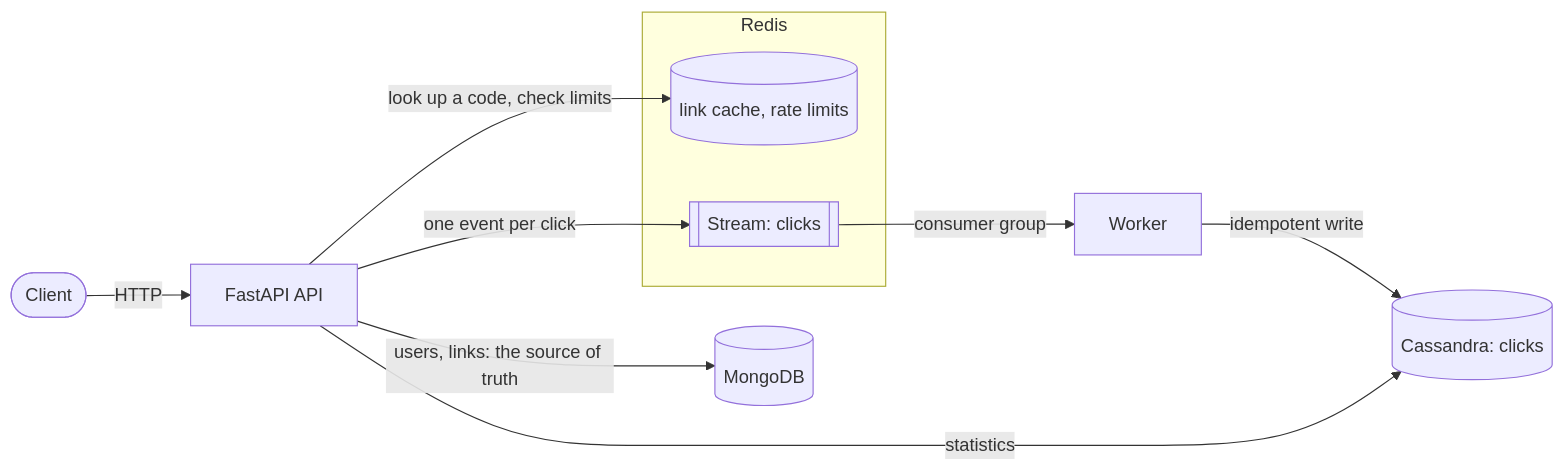
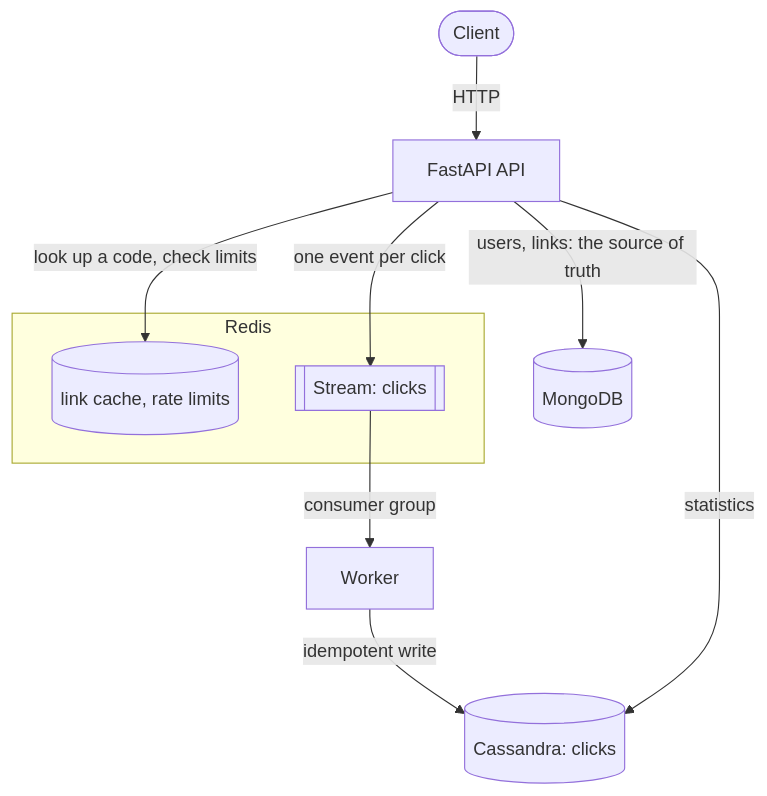
The first of 2 diagrams in README.md (nemiys/tinyurl-py), drawn with Mermaid before and after one commit.

Commit message:
docs: draw the architecture diagram top to bottom so it fits the page

````diff
--- a/README.md
+++ b/README.md
@@ -77,14 +77,14 @@
 ```mermaid
-flowchart LR
+flowchart TB
     client([Client]) -->|HTTP| api[FastAPI API]
     api -->|users, links: the source of truth| mongo[(MongoDB)]
     subgraph redis [Redis]
         cache[(link cache, rate limits)]
         stream[[Stream: clicks]]
     end
     api -->|look up a code, check limits| cache
     api -->|one event per click| stream
     stream -->|consumer group| worker[Worker]
     worker -->|idempotent write| cassandra[(Cassandra: clicks)]
     api -->|statistics| cassandra
 ```
````
